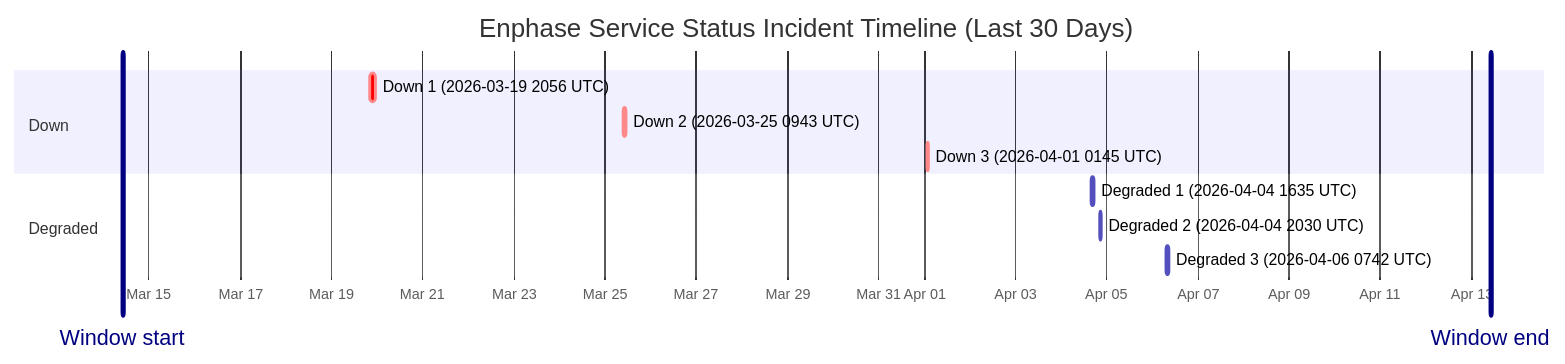
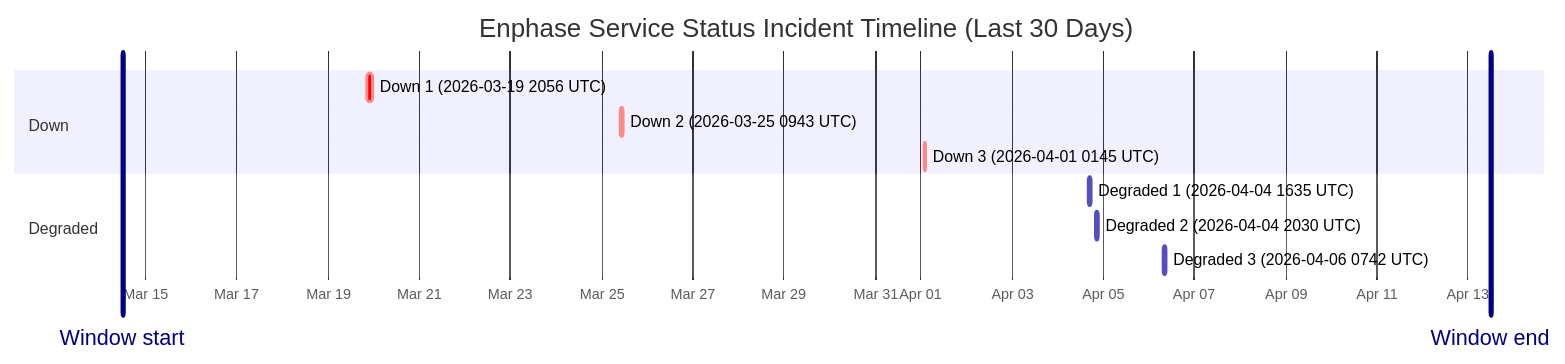
The diagram in wiki/Service-Status-History.md (barneyonline/ha-enphase-ev-charger), drawn with Mermaid before and after one commit. The commit also changed other lines of this file and 3 other files, not shown here.

````diff
--- a/wiki/Service-Status-History.md
+++ b/wiki/Service-Status-History.md
@@ -14,16 +14,16 @@
 ```mermaid
 gantt
     title Enphase Service Status Incident Timeline (Last 30 Days)
     dateFormat  YYYY-MM-DDTHH:mm:ss
     axisFormat  %b %d
-    Window start :vert, window-start, 2026-03-14T10:12:55, 0ms
-    Window end :vert, window-end, 2026-04-13T10:12:55, 0ms
+    Window start :vert, window-start, 2026-03-14T11:49:36, 0ms
+    Window end :vert, window-end, 2026-04-13T11:49:36, 0ms
     section Down
     Down 1 (2026-03-19 2056 UTC) :crit, down-1, 2026-03-19T20:56:20, 145m
     Down 2 (2026-03-25 0943 UTC) :crit, down-2, 2026-03-25T09:43:28, 111m
     Down 3 (2026-04-01 0145 UTC) :crit, down-3, 2026-04-01T01:45:09, 60m
     section Degraded
     Degraded 1 (2026-04-04 1635 UTC) :active, degraded-1, 2026-04-04T16:35:17, 60m
     Degraded 2 (2026-04-04 2030 UTC) :active, degraded-2, 2026-04-04T20:30:40, 60m
     Degraded 3 (2026-04-06 0742 UTC) :active, degraded-3, 2026-04-06T07:42:09, 85m
 ```
````
